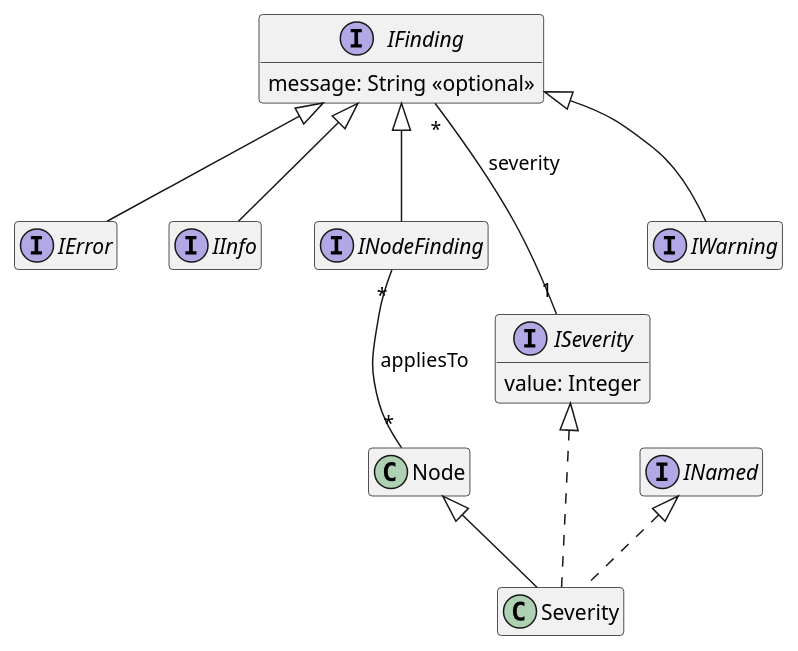
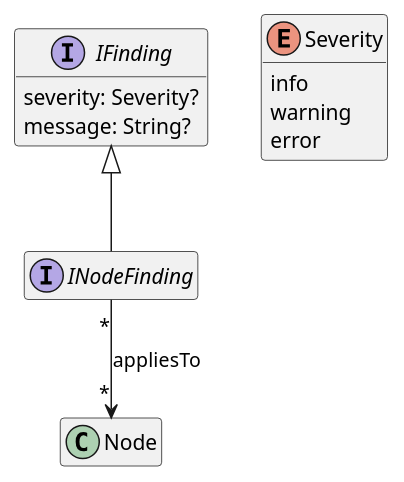
One commit to LionWeb-io/lionweb-mps changed the diagram in languages/io.lionweb.derived.validation/lionweb/io.lionweb.derived.validation.puml. Above: the diagram before and after it, drawn with PlantUML. The commit also changed 18 other files, not shown here.

Commit message:
updated diagrams

```diff
--- a/languages/io.lionweb.derived.validation/lionweb/io.lionweb.derived.validation.puml
+++ b/languages/io.lionweb.derived.validation/lionweb/io.lionweb.derived.validation.puml
@@ -1,33 +1,27 @@
 @startuml
 hide empty members
 
 ' qualified name: "io.lionweb.derived.validation"
 
 
-interface IError extends IFinding
 interface IFinding {
-  message: String <<optional>>
+  severity: Severity?
+  message: String?
 }
 
-interface IInfo extends IFinding
 interface INodeFinding extends IFinding
-interface ISeverity {
-  value: Integer
+enum Severity {
+  info
+  warning
+  error
 }
-
-interface IWarning extends IFinding
-class Severity extends Node implements INamed, ISeverity
 
 
 
 ' relations:
 
 
-IFinding "*" -- "1" ISeverity: severity
-
-INodeFinding "*" -- "*" Node: appliesTo
-
-
+INodeFinding "*" --> "*" Node: appliesTo
 
 
 @enduml
```
